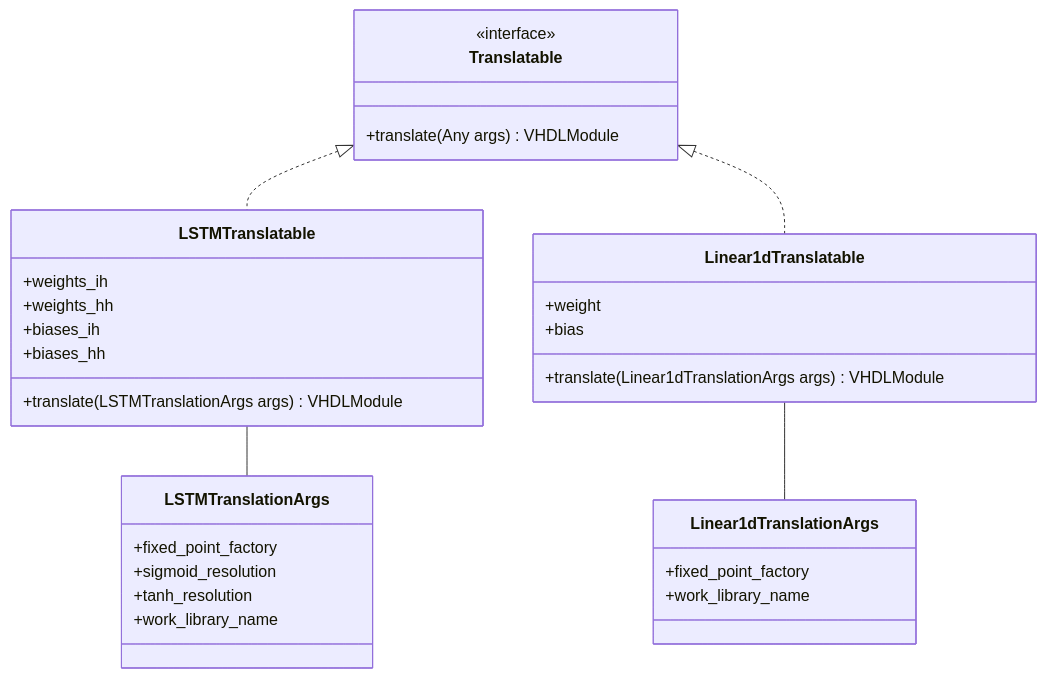
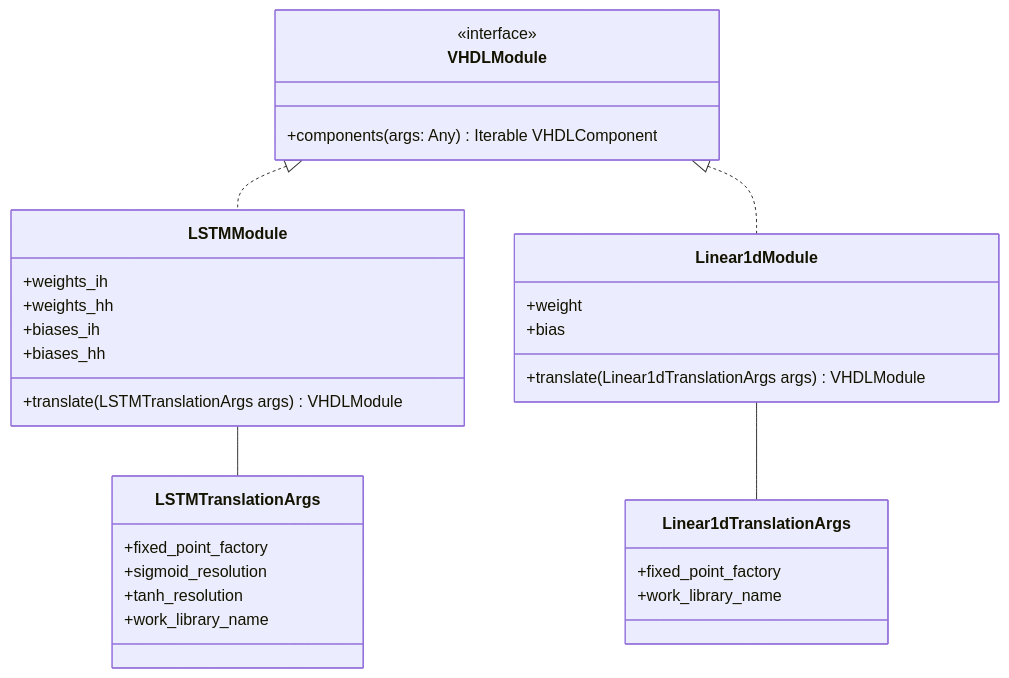
One commit to es-ude/elastic-ai.creator changed the second of 3 diagrams in elasticai/creator/vhdl/README.md. Above: the diagram before and after it, drawn with Mermaid. The commit also changed other lines of this file and 14 other files, not shown here.

````diff
--- a/elasticai/creator/vhdl/README.md
+++ b/elasticai/creator/vhdl/README.md
@@ -47,36 +51,36 @@
 ```mermaid
 classDiagram
-class Translatable {
+class VHDLModule {
     <<interface>>
-    +translate(Any args) VHDLModule
+    +components(args: Any) Iterable VHDLComponent
 }
 
-class LSTMTranslatable {
+class LSTMModule {
     +weights_ih
     +weights_hh
     +biases_ih
     +biases_hh
     +translate(LSTMTranslationArgs args) VHDLModule
 }
 class LSTMTranslationArgs {
     +fixed_point_factory
     +sigmoid_resolution
     +tanh_resolution
     +work_library_name
 }
 
-class Linear1dTranslatable {
+class Linear1dModule {
     +weight
     +bias
     +translate(Linear1dTranslationArgs args) VHDLModule
 }
 class Linear1dTranslationArgs {
     +fixed_point_factory
     +work_library_name
 }
 
-Translatable <|.. LSTMTranslatable
-LSTMTranslatable -- LSTMTranslationArgs
-Translatable <|.. Linear1dTranslatable
-Linear1dTranslatable -- Linear1dTranslationArgs
+VHDLModule <|.. LSTMModule
+LSTMModule -- LSTMTranslationArgs
+VHDLModule <|.. Linear1dModule
+Linear1dModule -- Linear1dTranslationArgs
 ```
````
